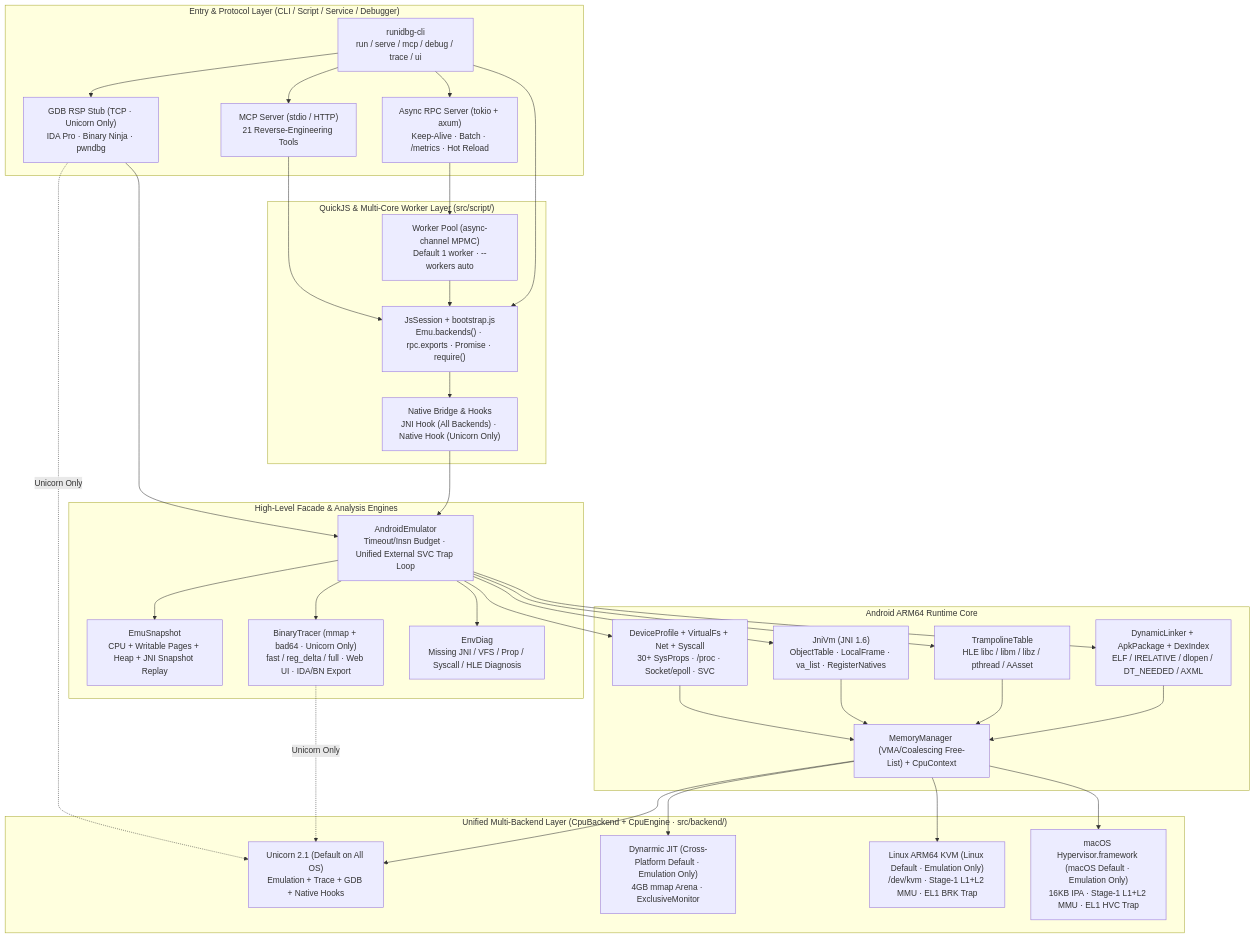
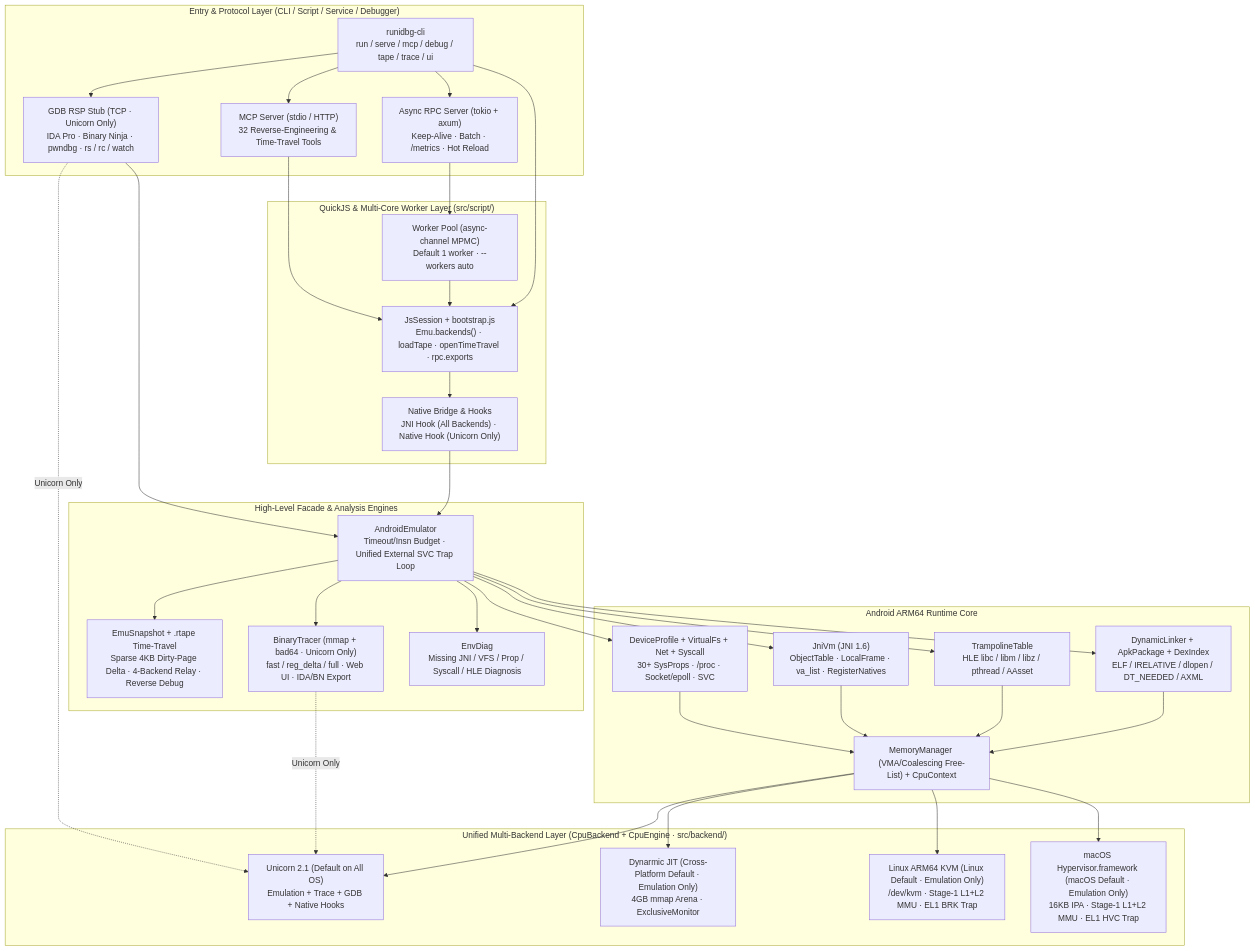
The fourth of 4 diagrams in README_EN.md (Elliot0215/runidbg), drawn with Mermaid before and after one commit. The commit also changed other lines of this file and 1 other file, not shown here.

Commit message:
docs(readme): document .rtape snapshots, Phase 2 time-travel debugging, and Web UI cockpit

````diff
--- a/README_EN.md
+++ b/README_EN.md
@@ -153,67 +156,67 @@
 ```mermaid
 flowchart TB
     subgraph Entry["Entry & Protocol Layer (CLI / Script / Service / Debugger)"]
-        CLI["runidbg-cli\nrun / serve / mcp / debug / trace / ui"]
+        CLI["runidbg-cli\nrun / serve / mcp / debug / tape / trace / ui"]
         RPC["Async RPC Server (tokio + axum)\nKeep-Alive · Batch · /metrics · Hot Reload"]
-        MCP["MCP Server (stdio / HTTP)\n21 Reverse-Engineering Tools"]
-        GDB["GDB RSP Stub (TCP · Unicorn Only)\nIDA Pro · Binary Ninja · pwndbg"]
+        MCP["MCP Server (stdio / HTTP)\n32 Reverse-Engineering & Time-Travel Tools"]
+        GDB["GDB RSP Stub (TCP · Unicorn Only)\nIDA Pro · Binary Ninja · pwndbg · rs / rc / watch"]
     end
 
     subgraph ScriptLayer["QuickJS & Multi-Core Worker Layer (src/script/)"]
         Pool["Worker Pool (async-channel MPMC)\nDefault 1 worker · --workers auto"]
-        Session["JsSession + bootstrap.js\nEmu.backends() · rpc.exports · Promise · require()"]
+        Session["JsSession + bootstrap.js\nEmu.backends() · loadTape · openTimeTravel · rpc.exports"]
         Bridge["Native Bridge & Hooks\nJNI Hook (All Backends) · Native Hook (Unicorn Only)"]
     end
 
     subgraph Facade["High-Level Facade & Analysis Engines"]
         Emu["AndroidEmulator\nTimeout/Insn Budget · Unified External SVC Trap Loop"]
-        Snap["EmuSnapshot\nCPU + Writable Pages + Heap + JNI Snapshot Replay"]
+        Snap["EmuSnapshot + .rtape Time-Travel\nSparse 4KB Dirty-Page Delta · 4-Backend Relay · Reverse Debug"]
         Tracer["BinaryTracer (mmap + bad64 · Unicorn Only)\nfast / reg_delta / full · Web UI · IDA/BN Export"]
         Diag["EnvDiag\nMissing JNI / VFS / Prop / Syscall / HLE Diagnosis"]
     end
 
     subgraph Runtime["Android ARM64 Runtime Core"]
         Loader["DynamicLinker + ApkPackage + DexIndex\nELF / IRELATIVE / dlopen / DT_NEEDED / AXML"]
         HLE["TrampolineTable\nHLE libc / libm / libz / pthread / AAsset"]
         JNI["JniVm (JNI 1.6)\nObjectTable · LocalFrame · va_list · RegisterNatives"]
         OS["DeviceProfile + VirtualFs + Net + Syscall\n30+ SysProps · /proc · Socket/epoll · SVC"]
         Mem["MemoryManager (VMA/Coalescing Free-List) + CpuContext"]
     end
 
     subgraph Backends["Unified Multi-Backend Layer (CpuBackend + CpuEngine · src/backend/)"]
         UC["Unicorn 2.1 (Default on All OS)\nEmulation + Trace + GDB + Native Hooks"]
         DYN["Dynarmic JIT (Cross-Platform Default · Emulation Only)\n4GB mmap Arena · ExclusiveMonitor"]
         KVM["Linux ARM64 KVM (Linux Default · Emulation Only)\n/dev/kvm · Stage-1 L1+L2 MMU · EL1 BRK Trap"]
         HVF["macOS Hypervisor.framework (macOS Default · Emulation Only)\n16KB IPA · Stage-1 L1+L2 MMU · EL1 HVC Trap"]
     end
 
     CLI --> RPC
     CLI --> MCP
     CLI --> GDB
     CLI --> Session
 
     RPC --> Pool --> Session
     MCP --> Session
     Session --> Bridge --> Emu
     GDB --> Emu
 
     Emu --> Snap
     Emu --> Tracer
     Emu --> Diag
     Emu --> Loader
     Emu --> HLE
     Emu --> JNI
     Emu --> OS
 
     Loader --> Mem
     HLE --> Mem
     JNI --> Mem
     OS --> Mem
 
     Mem --> UC
     Mem --> DYN
     Mem --> KVM
     Mem --> HVF
     Tracer -. Unicorn Only .-> UC
     GDB -. Unicorn Only .-> UC
 ```
````
